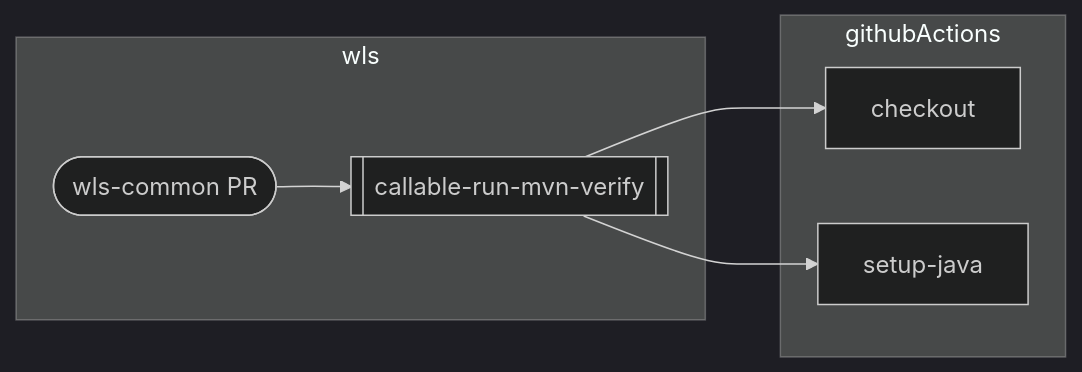
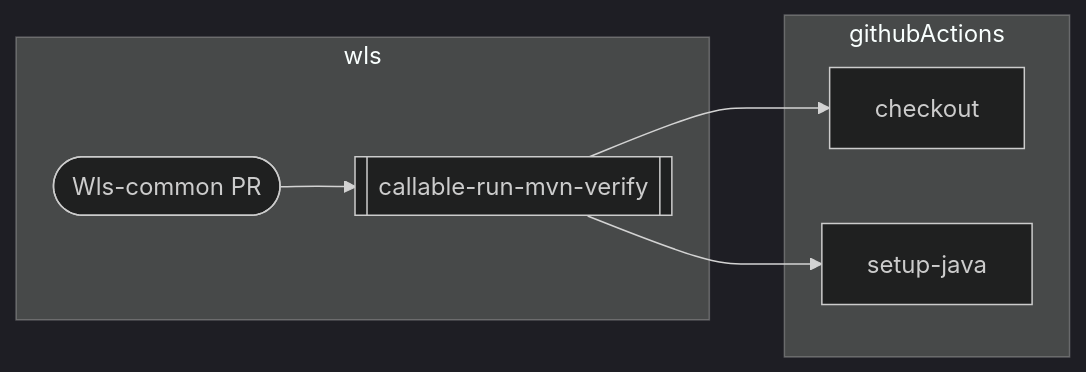
Before and after one commit to it-at-m/Wahllokalsystem: the fifth of 13 diagrams in docs/src/technik/ecosystem/workflowsAndArtifacts/relations.md, drawn with Mermaid (dark theme).

````diff
--- a/docs/src/technik/ecosystem/workflowsAndArtifacts/relations.md
+++ b/docs/src/technik/ecosystem/workflowsAndArtifacts/relations.md
@@ -65,16 +65,16 @@
 ```mermaid
 flowchart LR
     subgraph wls
-        wlsCommonPR([wls-common PR])
+        wlsCommonPR([Wls-common PR])
         mvnVerify[[callable-run-mvn-verify]]
     end
 
     subgraph githubActions
         checkout
         setup-java
     end
 
     wlsCommonPR --> mvnVerify
     mvnVerify --> checkout
     mvnVerify --> setup-java
 ```
````
